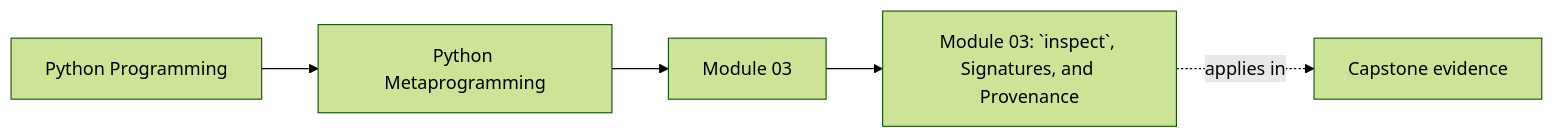
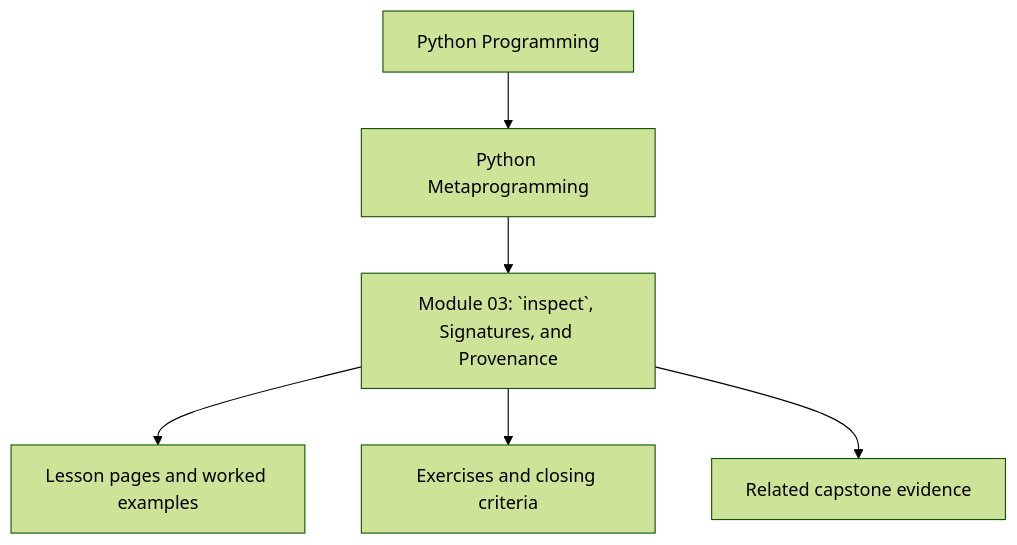
One commit to bijux/bijux-masterclass changed the first of 7 diagrams in programs/python-programming/python-meta-programming/course-book/module-03-inspect-signatures-and-provenance/index.md. Above: the diagram before and after it, drawn with Mermaid (forest theme). The commit also changed other lines of this file and 10 other files, not shown here.

Commit message:
docs(python-meta-programming): reposition module overview diagrams

````diff
--- a/programs/python-programming/python-meta-programming/course-book/module-03-inspect-signatures-and-provenance/index.md
+++ b/programs/python-programming/python-meta-programming/course-book/module-03-inspect-signatures-and-provenance/index.md
@@ -8,11 +8,8 @@
 ```mermaid
-graph LR
-  family["Python Programming"]
-  program["Python Metaprogramming"]
-  section["Module 03"]
-  page["Module 03: `inspect`, Signatures, and Provenance"]
-  capstone["Capstone evidence"]
-
-  family --> program --> section --> page
-  page -.applies in.-> capstone
+flowchart TD
+  family["Python Programming"] --> program["Python Metaprogramming"]
+  program --> module["Module 03: `inspect`, Signatures, and Provenance"]
+  module --> lessons["Lesson pages and worked examples"]
+  module --> checkpoints["Exercises and closing criteria"]
+  module --> capstone["Related capstone evidence"]
 ```
````
